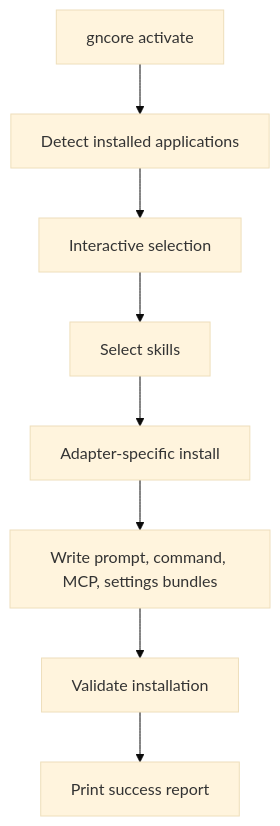
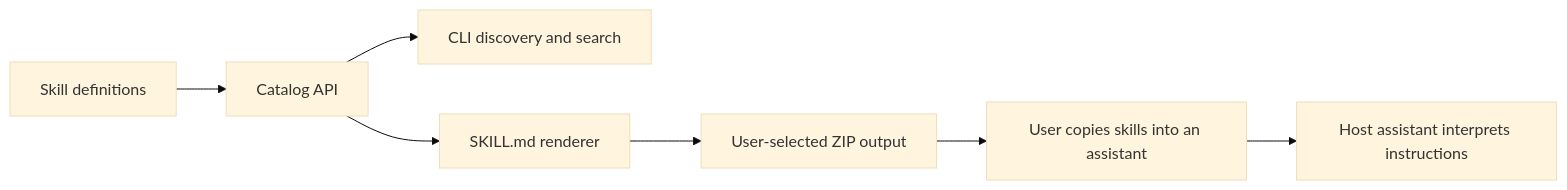
Before and after one commit to paladuguganeshnaidu/gncore: the diagram in ARCHITECTURE.md, drawn with Mermaid (base theme). The commit also changed other lines of this file and 38 other files, not shown here.

Commit message:
Refactor GNCore into a pure skill library

````diff
--- a/ARCHITECTURE.md
+++ b/ARCHITECTURE.md
@@ -16,10 +5,9 @@
 ```mermaid
-flowchart TD
-    A[gncore activate] --> B[Detect installed applications]
-    B --> C[Interactive selection]
-    C --> D[Select skills]
-    D --> E[Adapter-specific install]
-    E --> F[Write prompt, command, MCP, settings bundles]
-    F --> G[Validate installation]
-    G --> H[Print success report]
+flowchart LR
+    A[Skill definitions] --> B[Catalog API]
+    B --> C[CLI discovery and search]
+    B --> D[SKILL.md renderer]
+    D --> E[User-selected ZIP output]
+    E --> F[User copies skills into an assistant]
+    F --> G[Host assistant interprets instructions]
 ```
````
